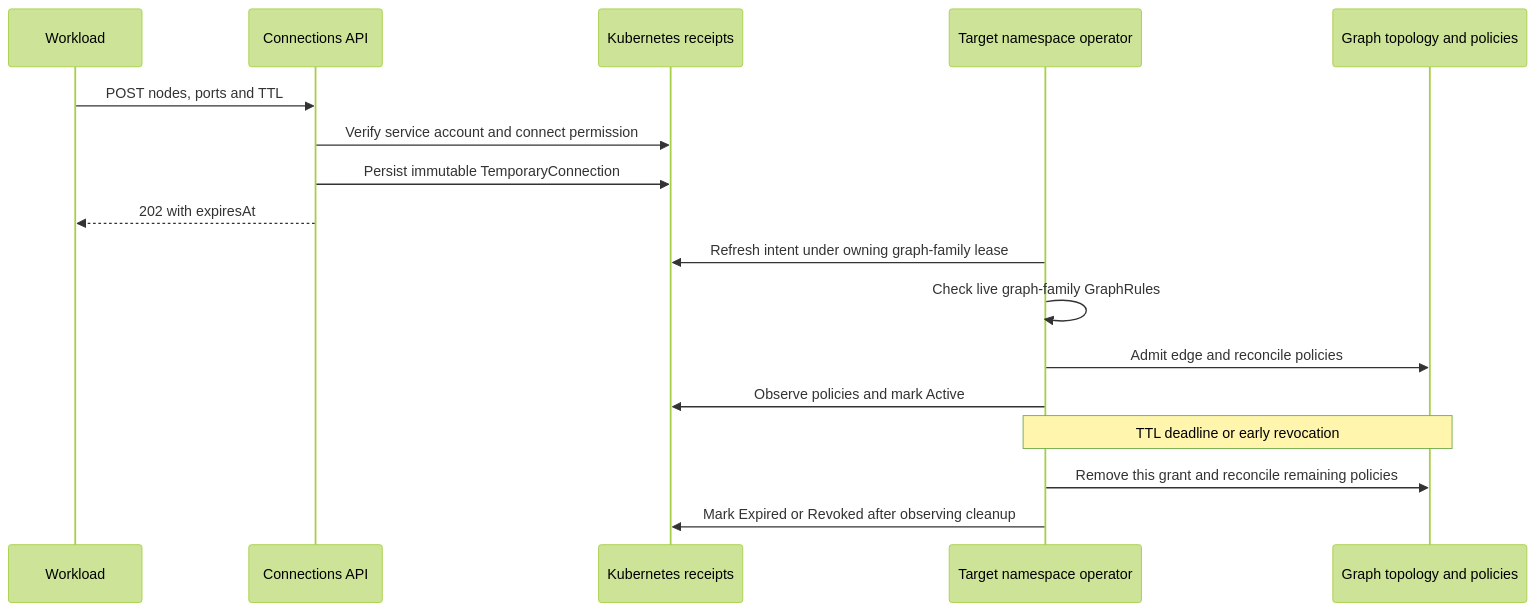
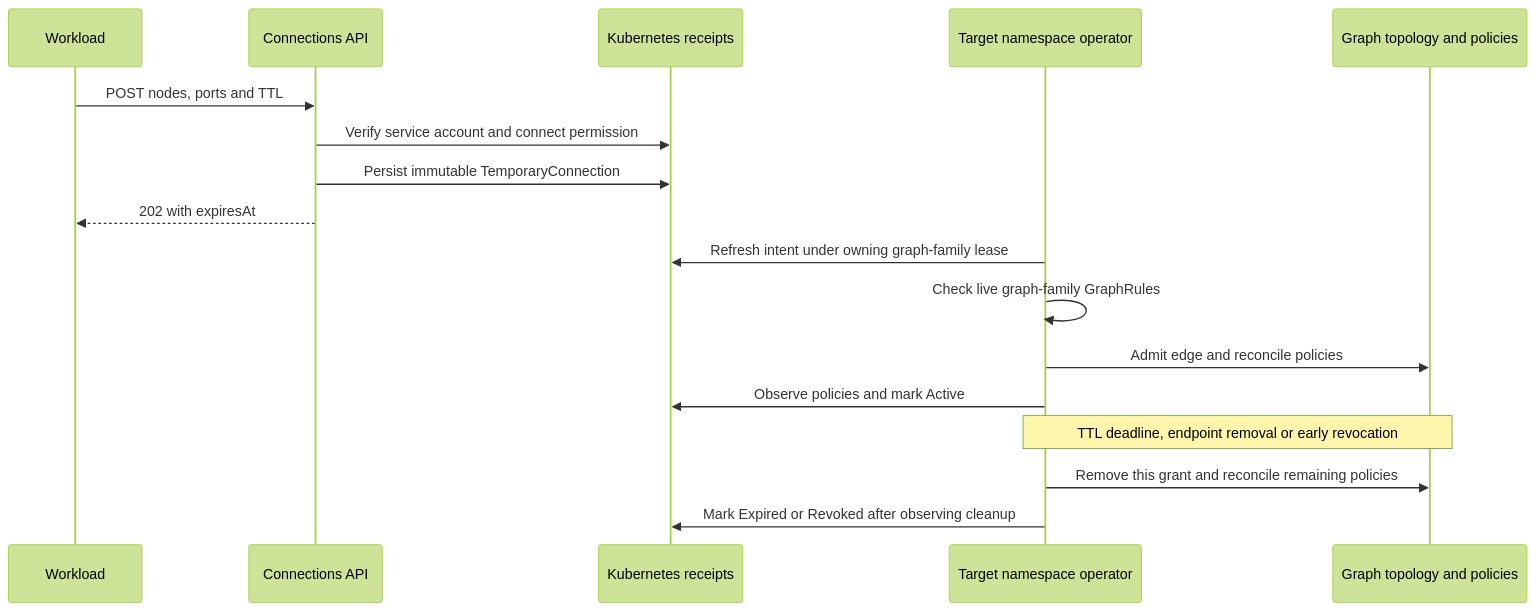
One commit to astrivant/polyad changed the diagram in docs/apis/temporary-connections.md. Above: the diagram before and after it, drawn with Mermaid (forest theme). The commit also changed other lines of this file and 5 other files, not shown here.

````diff
--- a/docs/apis/temporary-connections.md
+++ b/docs/apis/temporary-connections.md
@@ -245,19 +245,19 @@
 ```mermaid
 sequenceDiagram
     participant W as Workload
     participant A as Connections API
     participant K as Kubernetes receipts
     participant O as Target namespace operator
     participant N as Graph topology and policies
     W->>A: POST nodes, ports and TTL
     A->>K: Verify service account and connect permission
     A->>K: Persist immutable TemporaryConnection
     A-->>W: 202 with expiresAt
     O->>K: Refresh intent under owning graph-family lease
     O->>O: Check live graph-family GraphRules
     O->>N: Admit edge and reconcile policies
     O->>K: Observe policies and mark Active
-    Note over O,N: TTL deadline or early revocation
+    Note over O,N: TTL deadline, endpoint removal or early revocation
     O->>N: Remove this grant and reconcile remaining policies
     O->>K: Mark Expired or Revoked after observing cleanup
 ```
````
